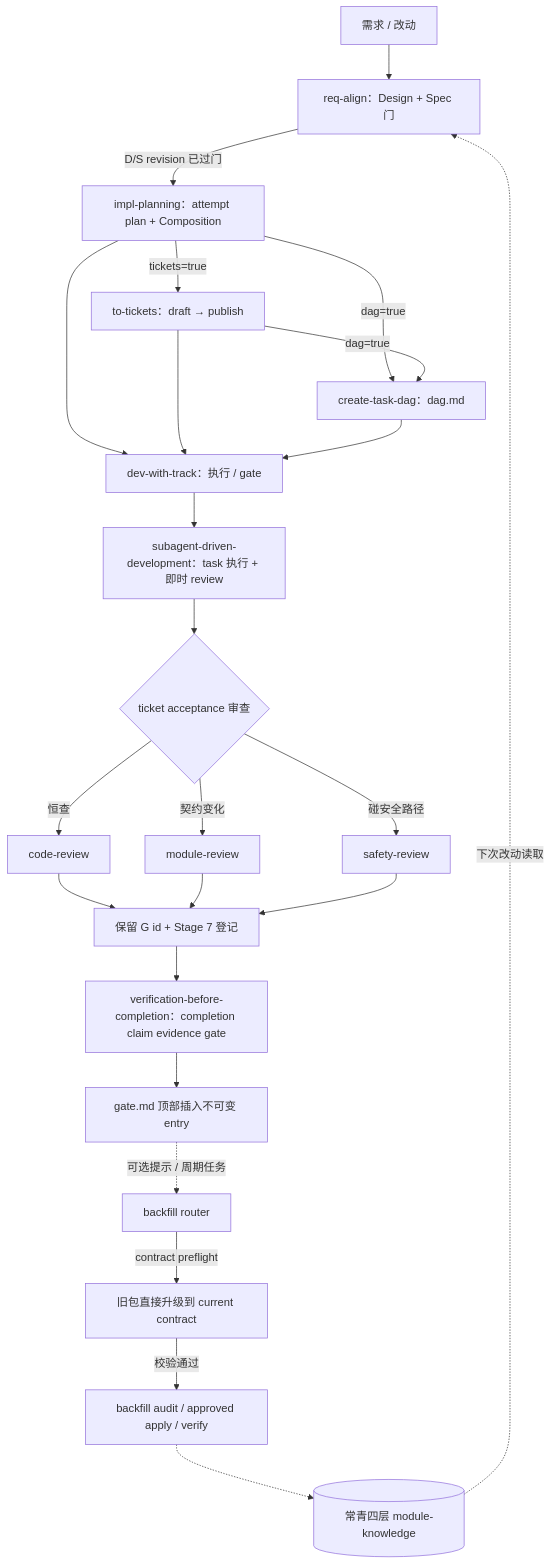
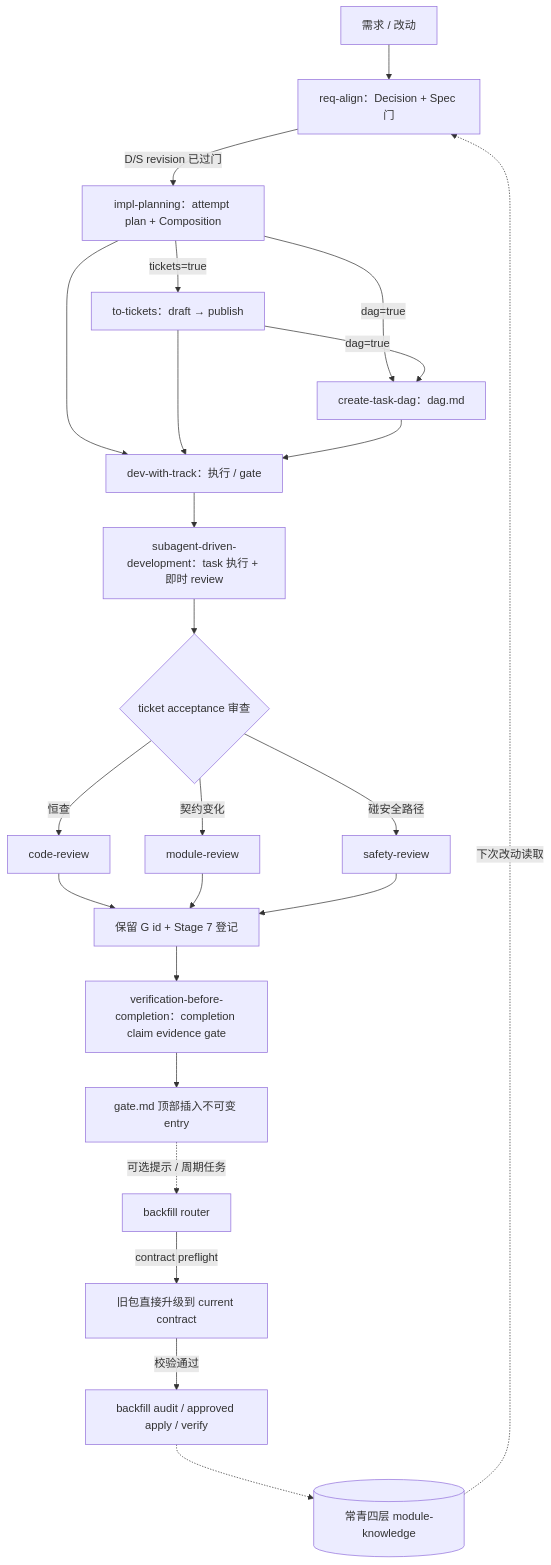
The diagram in skills/impl-package/SKILL.md (fangxiao-dev/agent-workbench), drawn with Mermaid before and after one commit. The commit also changed other lines of this file and 54 other files, not shown here.

````diff
--- a/skills/impl-package/SKILL.md
+++ b/skills/impl-package/SKILL.md
@@ -24,26 +26,26 @@
 ```mermaid
 flowchart TD
-    Req[需求 / 改动] --> RA[req-align：Design + Spec 门]
+    Req[需求 / 改动] --> RA[req-align：Decision + Spec 门]
     RA -->|D/S revision 已过门| PL[impl-planning：attempt plan + Composition]
     PL -->|tickets=true| TK[to-tickets：draft → publish]
     PL -->|dag=true| DG[create-task-dag：dag.md]
     TK -->|dag=true| DG
     PL --> EX[dev-with-track：执行 / gate]
     TK --> EX
     DG --> EX
     EX --> SD[subagent-driven-development：task 执行 + 即时 review]
     SD --> RV{ticket acceptance 审查}
     RV -->|恒查| CR[code-review]
     RV -->|契约变化| MR[module-review]
     RV -->|碰安全路径| SR[safety-review]
     CR --> CAP[保留 G id + Stage 7 登记]
     MR --> CAP
     SR --> CAP
     CAP --> VC[verification-before-completion：completion claim evidence gate]
     VC --> GT[gate.md 顶部插入不可变 entry]
     GT -. 可选提示 / 周期任务 .-> BF[backfill router]
     BF -->|contract preflight| UP[旧包直接升级到 current contract]
     UP -->|校验通过| BF2[backfill audit / approved apply / verify]
     BF2 -.-> EV[(常青四层 module-knowledge)]
     EV -. 下次改动读取 .-> RA
 ```
````
